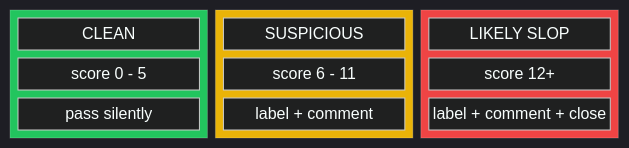
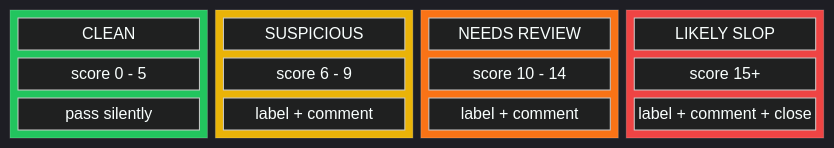
The second of 3 diagrams in README.md (aislopguardian/slopguardian-action), drawn with Mermaid before and after one commit. The commit also changed other lines of this file and 23 other files, not shown here.

````diff
--- a/README.md
+++ b/README.md
@@ -68,27 +98,34 @@
 ```mermaid
 %%{init: {'theme': 'dark'}}%%
 block-beta
-    columns 3
+    columns 4
     block:clean:1
         columns 1
         cl["CLEAN"]
         cs["score 0 - 5"]
         ca["pass silently"]
     end
     block:warn:1
         columns 1
         wl["SUSPICIOUS"]
-        ws["score 6 - 11"]
+        ws["score 6 - 9"]
         wa["label + comment"]
+    end
+    block:review:1
+        columns 1
+        rl["NEEDS REVIEW"]
+        rs["score 10 - 14"]
+        ra["label + comment"]
     end
     block:slop:1
         columns 1
         sl["LIKELY SLOP"]
-        ss["score 12+"]
+        ss["score 15+"]
         sa["label + comment + close"]
     end
 
     style clean fill:#22c55e,color:#fff
     style warn fill:#eab308,color:#000
+    style review fill:#f97316,color:#fff
     style slop fill:#ef4444,color:#fff
 ```
````
